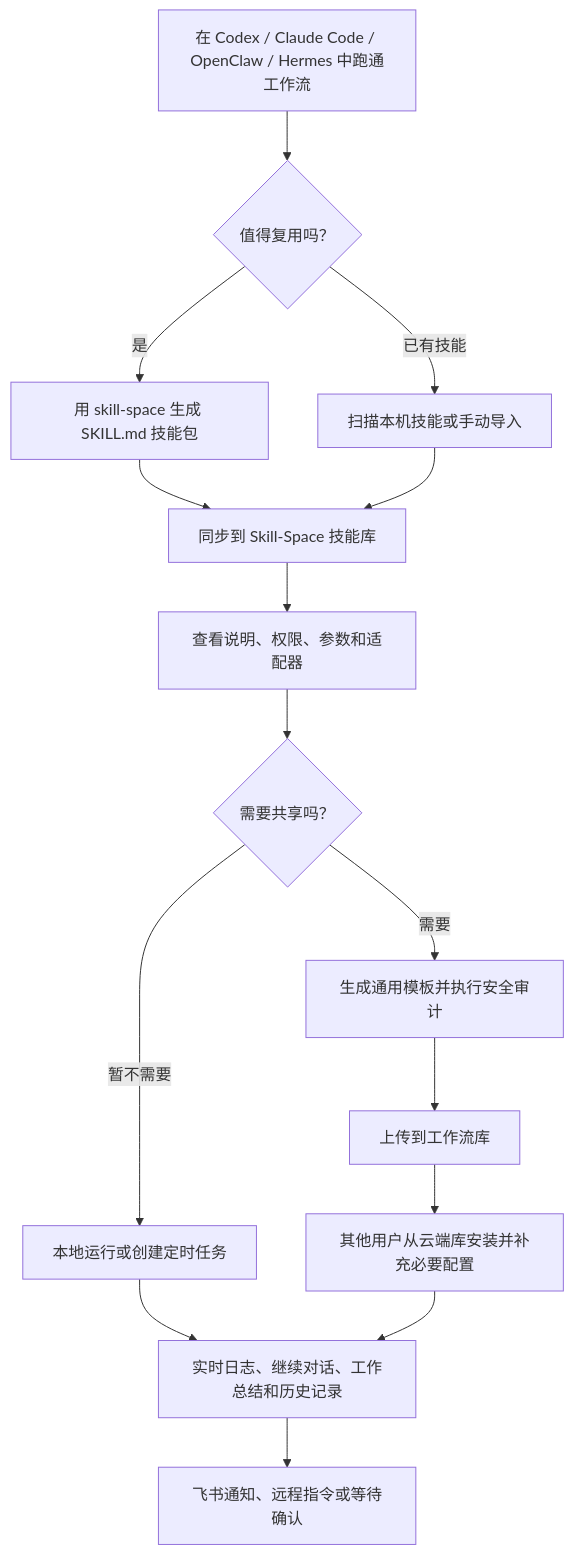
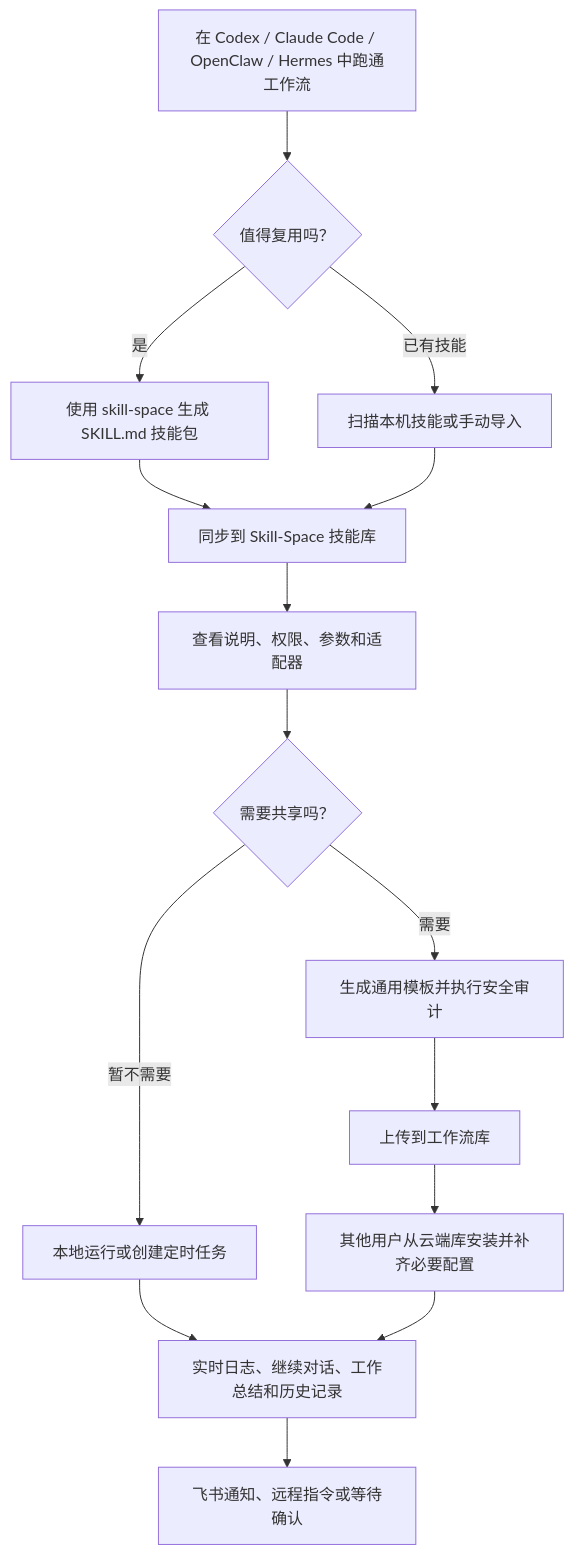
The diagram in README.md (lj1270998580-crypto/Skill-Space), drawn with Mermaid before and after one commit. The commit also changed other lines of this file and 12 other files, not shown here.

Commit message:
Release Skill-Space 0.1.38

````diff
--- a/README.md
+++ b/README.md
@@ -68,17 +69,17 @@
 ```mermaid
 flowchart TD
   A["在 Codex / Claude Code / OpenClaw / Hermes 中跑通工作流"] --> B{"值得复用吗？"}
-  B -- "是" --> C["用 skill-space 生成 SKILL.md 技能包"]
+  B -- "是" --> C["使用 skill-space 生成 SKILL.md 技能包"]
   B -- "已有技能" --> D["扫描本机技能或手动导入"]
   C --> E["同步到 Skill-Space 技能库"]
   D --> E
   E --> F["查看说明、权限、参数和适配器"]
   F --> G{"需要共享吗？"}
   G -- "需要" --> H["生成通用模板并执行安全审计"]
   H --> I["上传到工作流库"]
   G -- "暂不需要" --> J["本地运行或创建定时任务"]
-  I --> K["其他用户从云端库安装并补充必要配置"]
+  I --> K["其他用户从云端库安装并补齐必要配置"]
   J --> L["实时日志、继续对话、工作总结和历史记录"]
   K --> L
   L --> M["飞书通知、远程指令或等待确认"]
 ```
````
